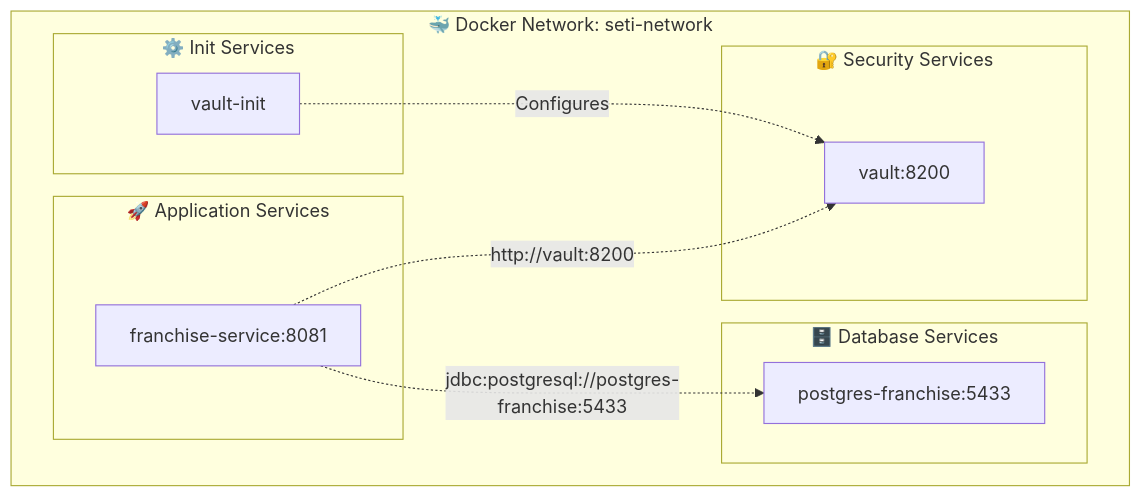
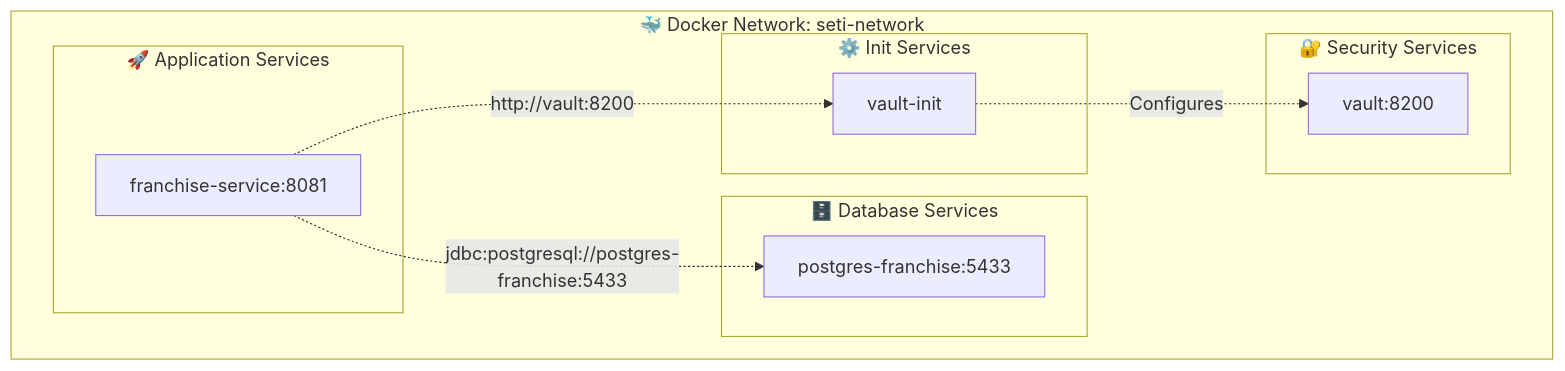
One commit to emosquerafs/seti changed the sixth of 17 diagrams in README.md. Above: the diagram before and after it, drawn with Mermaid.

Commit message:
fix: update vault reference in architecture diagram in README.md

````diff
--- a/README.md
+++ b/README.md
@@ -299,25 +299,25 @@
 ```mermaid
 graph TB
     subgraph "🐳 Docker Network: seti-network"
         subgraph "🚀 Application Services"
             FS[franchise-service:8081]
         end
         
         subgraph "🔐 Security Services"            
             VT[vault:8200]
         end
         
         subgraph "🗄️ Database Services"            
             PG2[postgres-franchise:5433]
         end
         
         subgraph "⚙️ Init Services"
             VI[vault-init]            
         end
     end
     
-    FS -.->|"http://vault:8200"| VT    
+    FS -.->|"http://vault:8200"| VI    
     FS -.->|"jdbc:postgresql://postgres-franchise:5433"| PG2
     
     VI -.->|Configures| VT    
 ```
````
